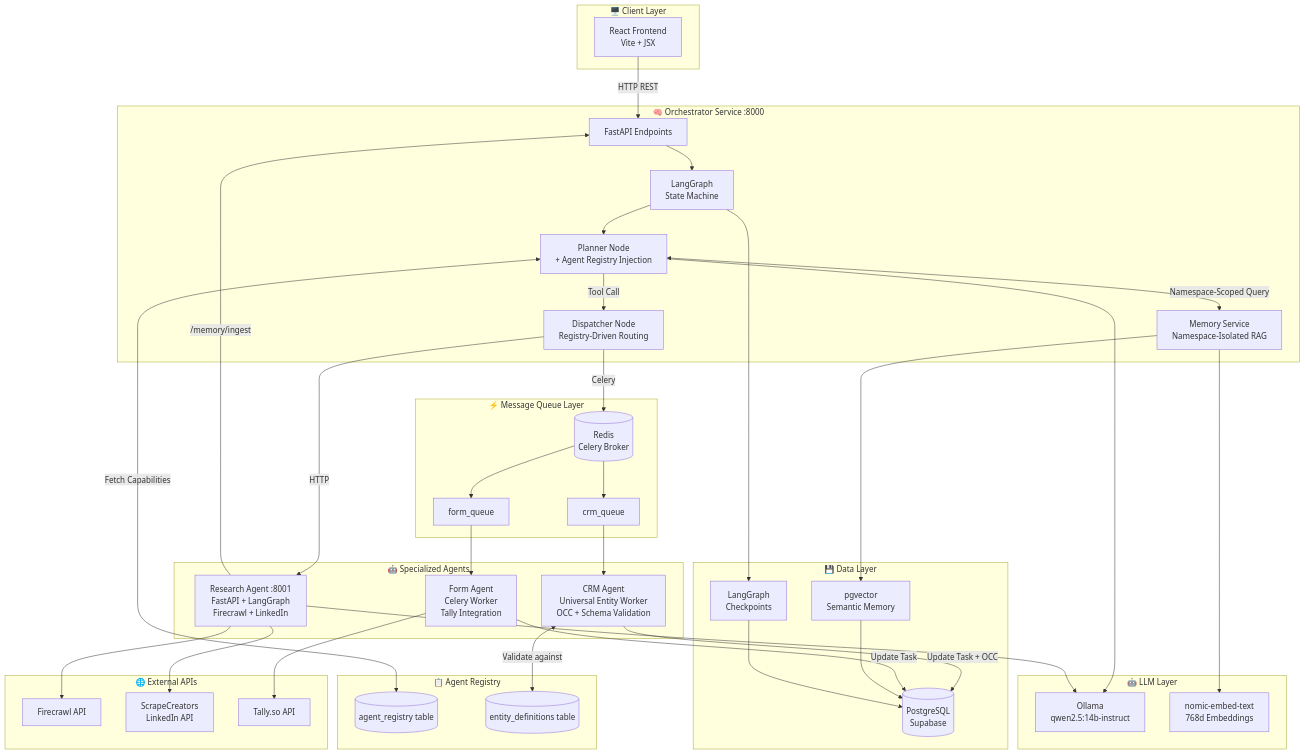
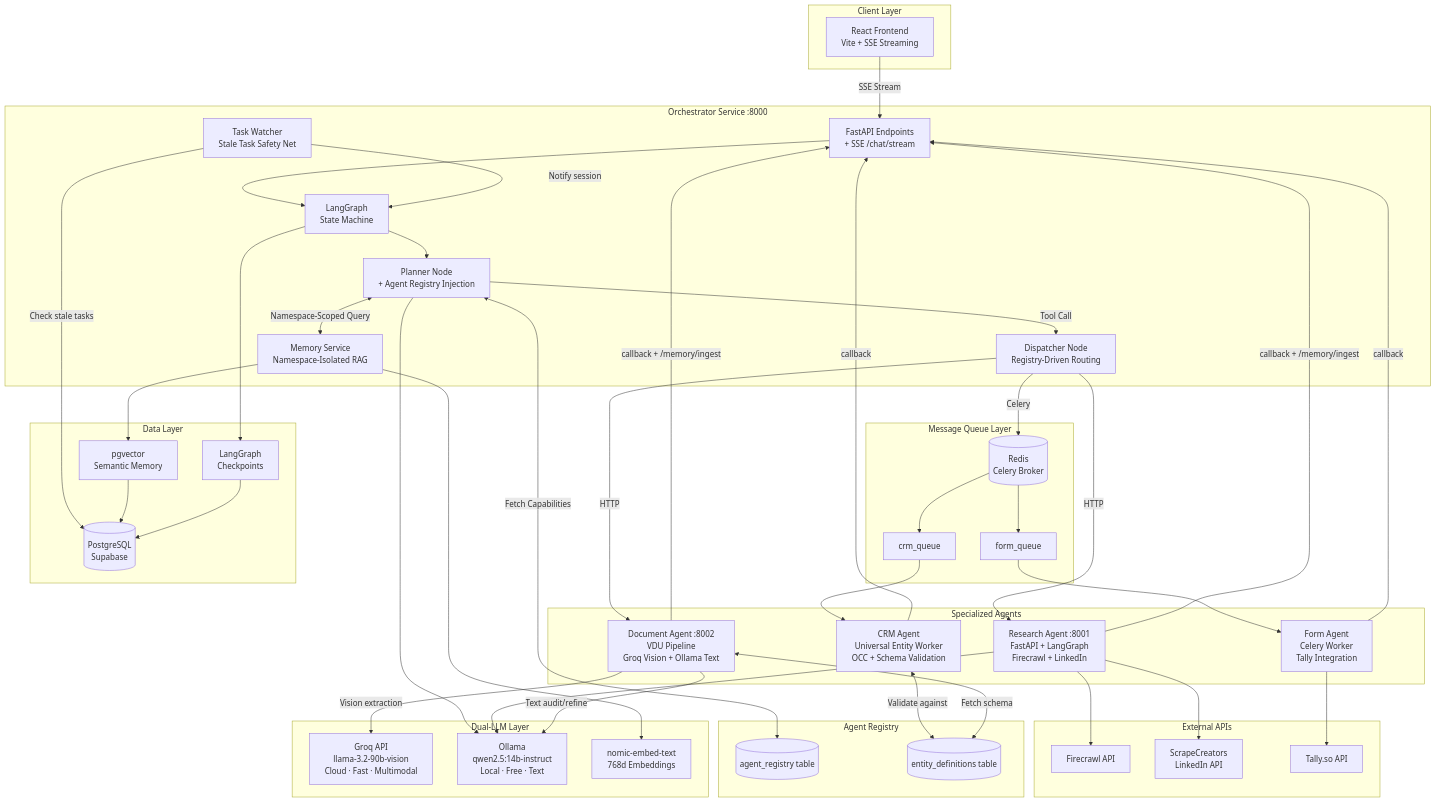
Before and after one commit to Tejachennuru/krastix: the diagram in ARCHITECTURE.md, drawn with Mermaid. The commit also changed other lines of this file and 19 other files, not shown here.

````diff
--- a/ARCHITECTURE.md
+++ b/ARCHITECTURE.md
@@ -14,53 +17,56 @@
 ```mermaid
 flowchart TB
-    subgraph CLIENT["🖥️ Client Layer"]
-        FE[React Frontend<br/>Vite + JSX]
+    subgraph CLIENT["Client Layer"]
+        FE[React Frontend<br/>Vite + SSE Streaming]
     end
 
-    subgraph BRAIN["🧠 Orchestrator Service :8000"]
-        API[FastAPI Endpoints]
+    subgraph BRAIN["Orchestrator Service :8000"]
+        API[FastAPI Endpoints<br/>+ SSE /chat/stream]
         GRAPH[LangGraph<br/>State Machine]
         PLANNER[Planner Node<br/>+ Agent Registry Injection]
         DISPATCHER[Dispatcher Node<br/>Registry-Driven Routing]
         MEMORY[Memory Service<br/>Namespace-Isolated RAG]
+        WATCHER[Task Watcher<br/>Stale Task Safety Net]
     end
 
-    subgraph REGISTRY["📋 Agent Registry"]
+    subgraph REGISTRY["Agent Registry"]
         AR[(agent_registry table)]
         ED[(entity_definitions table)]
     end
 
-    subgraph MQ["⚡ Message Queue Layer"]
+    subgraph MQ["Message Queue Layer"]
         REDIS[(Redis<br/>Celery Broker)]
         CQ[crm_queue]
         FQ[form_queue]
     end
 
-    subgraph AGENTS["🤖 Specialized Agents"]
+    subgraph AGENTS["Specialized Agents"]
         CRM[CRM Agent<br/>Universal Entity Worker<br/>OCC + Schema Validation]
         FORM[Form Agent<br/>Celery Worker<br/>Tally Integration]
         RESEARCH[Research Agent :8001<br/>FastAPI + LangGraph<br/>Firecrawl + LinkedIn]
+        DOC[Document Agent :8002<br/>VDU Pipeline<br/>Groq Vision + Ollama Text]
     end
 
-    subgraph DATA["💾 Data Layer"]
+    subgraph DATA["Data Layer"]
         SUPABASE[(PostgreSQL<br/>Supabase)]
         PGVECTOR[pgvector<br/>Semantic Memory]
         CHECKPOINTS[LangGraph<br/>Checkpoints]
     end
 
-    subgraph LLM_LAYER["🤖 LLM Layer"]
-        OLLAMA[Ollama<br/>qwen2.5:14b-instruct]
+    subgraph LLM_LAYER["Dual-LLM Layer"]
+        GROQ[Groq API<br/>llama-3.2-90b-vision<br/>Cloud · Fast · Multimodal]
+        OLLAMA[Ollama<br/>qwen2.5:14b-instruct<br/>Local · Free · Text]
         EMBED[nomic-embed-text<br/>768d Embeddings]
     end
 
-    subgraph EXTERNAL["🌐 External APIs"]
+    subgraph EXTERNAL["External APIs"]
         FIRECRAWL[Firecrawl API]
         SCRAPE[ScrapeCreators<br/>LinkedIn API]
         TALLY[Tally.so API]
     end
 
-    %% Client Flow
-    FE -->|HTTP REST| API
+    %% Client Flow — SSE streaming
+    FE -->|SSE Stream| API
     
     %% Brain Internal Flow
     API --> GRAPH
@@ -68,23 +74,28 @@
     PLANNER -->|Tool Call| DISPATCHER
     PLANNER <-->|Namespace-Scoped Query| MEMORY
     PLANNER <-->|Fetch Capabilities| AR
+    WATCHER -->|Check stale tasks| SUPABASE
+    WATCHER -->|Notify session| GRAPH
     
     %% Task Dispatch (Registry-Driven)
     DISPATCHER -->|Celery| REDIS
     DISPATCHER -->|HTTP| RESEARCH
+    DISPATCHER -->|HTTP| DOC
     REDIS --> CQ & FQ
     
     %% Agent Consumption
     CQ --> CRM
     FQ --> FORM
     
-    %% Agent Results
-    CRM -->|Update Task + OCC| SUPABASE
-    FORM -->|Update Task| SUPABASE
-    RESEARCH -->|/memory/ingest| API
+    %% Agent Results — ALL agents now callback
+    CRM -->|callback| API
+    FORM -->|callback| API
+    RESEARCH -->|callback + /memory/ingest| API
+    DOC -->|callback + /memory/ingest| API
     
     %% Schema Validation
     CRM <-->|Validate against| ED
+    DOC <-->|Fetch schema| ED
     
     %% Data Connections
     MEMORY --> PGVECTOR
@@ -92,10 +103,12 @@
     PGVECTOR --> SUPABASE
     CHECKPOINTS --> SUPABASE
     
-    %% LLM Connections
+    %% LLM Connections — Dual strategy
     PLANNER --> OLLAMA
     MEMORY --> EMBED
     RESEARCH --> OLLAMA
+    DOC -->|Vision extraction| GROQ
+    DOC -->|Text audit/refine| OLLAMA
     
     %% External API Connections
     RESEARCH --> FIRECRAWL
````
